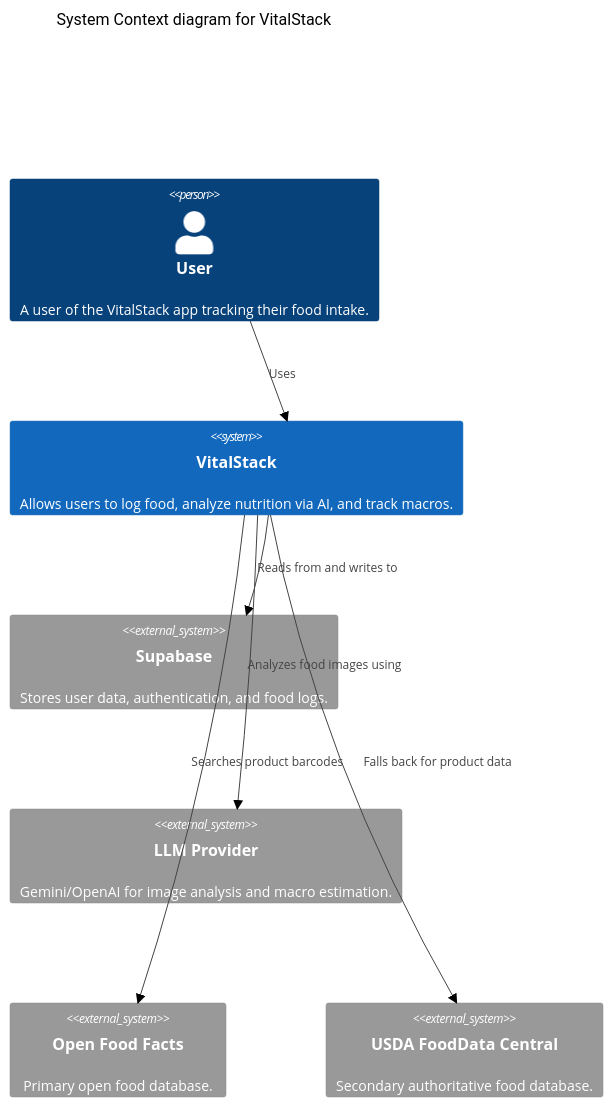
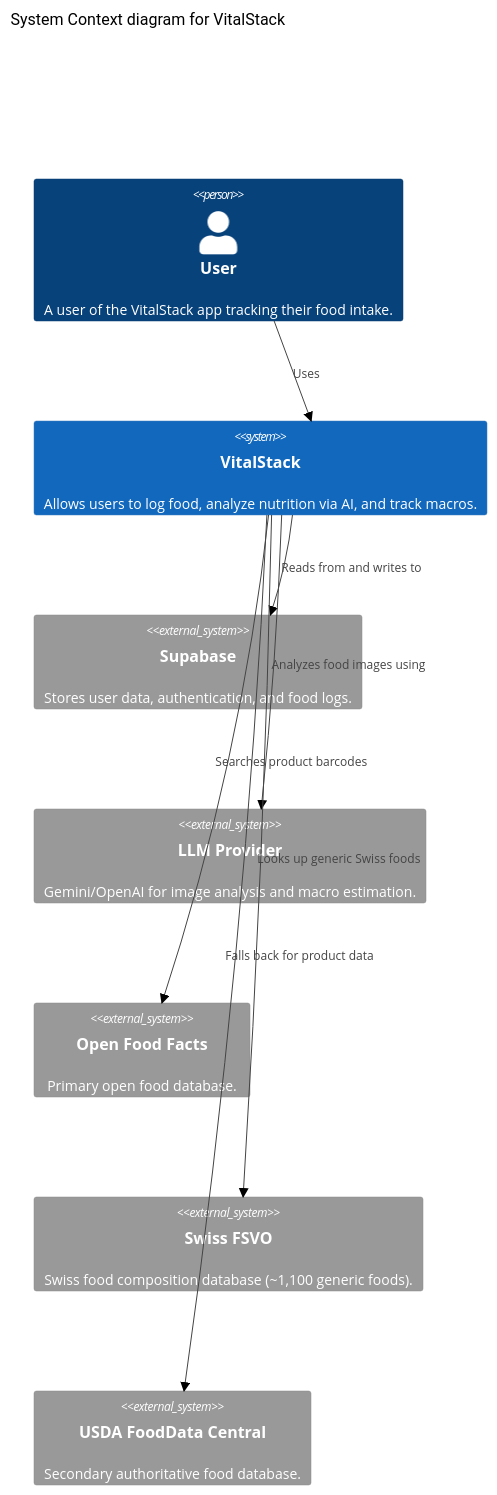
One commit to DoGab/VitalStack changed the first of 4 diagrams in architecture.md. Above: the diagram before and after it, drawn with Mermaid (neutral theme). The commit also changed other lines of this file and 38 other files, not shown here.

````diff
--- a/architecture.md
+++ b/architecture.md
@@ -9,19 +9,21 @@
 ```mermaid
 C4Context
   title System Context diagram for VitalStack
 
   Person(user, "User", "A user of the VitalStack app tracking their food intake.")
   
   System(vitalstack, "VitalStack", "Allows users to log food, analyze nutrition via AI, and track macros.")
   
   System_Ext(supabase, "Supabase", "Stores user data, authentication, and food logs.")
   System_Ext(llm, "LLM Provider", "Gemini/OpenAI for image analysis and macro estimation.")
   System_Ext(off, "Open Food Facts", "Primary open food database.")
+  System_Ext(fsvo, "Swiss FSVO", "Swiss food composition database (~1,100 generic foods).")
   System_Ext(usda, "USDA FoodData Central", "Secondary authoritative food database.")
 
   Rel(user, vitalstack, "Uses")
   Rel(vitalstack, supabase, "Reads from and writes to")
   Rel(vitalstack, llm, "Analyzes food images using")
   Rel(vitalstack, off, "Searches product barcodes")
+  Rel(vitalstack, fsvo, "Looks up generic Swiss foods")
   Rel(vitalstack, usda, "Falls back for product data")
 ```
````
